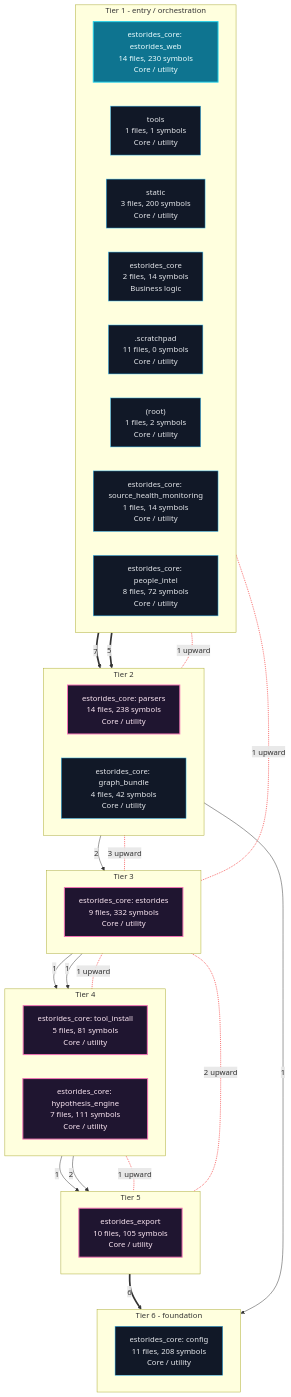
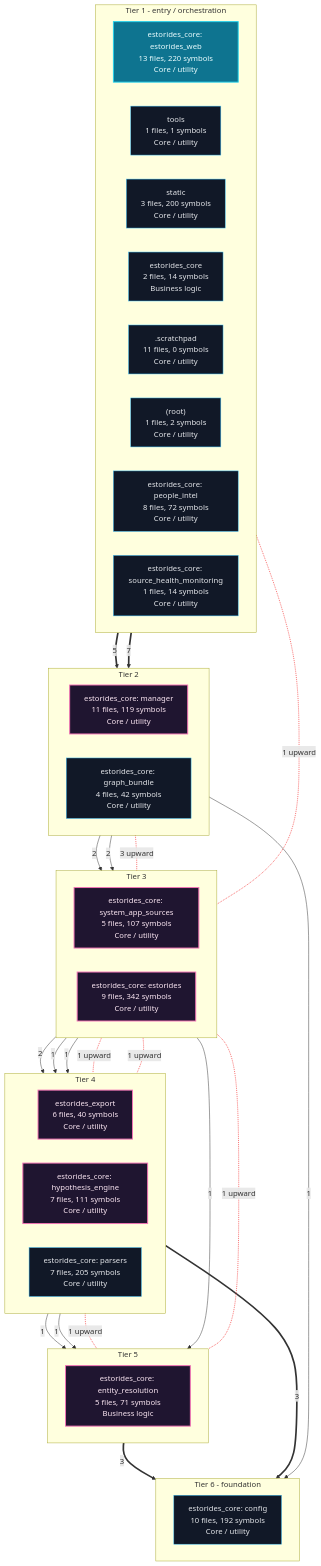
One commit to grisuno/estorides changed the first of 6 diagrams in readmenator-apidocs/architecture.md. Above: the diagram before and after it, drawn with Mermaid. The commit also changed other lines of this file and 184 other files, not shown here.

````diff
--- a/readmenator-apidocs/architecture.md
+++ b/readmenator-apidocs/architecture.md
@@ -11,60 +11,66 @@
 ```mermaid
 flowchart TB
     classDef cycle fill:#1f1530,stroke:#f472b6,color:#fce7f3,stroke-width:2px;
     classDef default fill:#111827,stroke:#38bdf8,color:#e5e7eb;
     classDef entry fill:#0e7490,stroke:#22d3ee,color:#ecfeff,stroke-width:2px;
     subgraph lane_0["Tier 1 - entry / orchestration"]
         direction LR
-        n_c0["estorides_core: estorides_web<br/>14 files, 230 symbols<br/>Core / utility"]:::entry
+        n_c0["estorides_core: estorides_web<br/>13 files, 220 symbols<br/>Core / utility"]:::entry
         n_d_tools["tools<br/>1 files, 1 symbols<br/>Core / utility"]:::default
         n_d_static["static<br/>3 files, 200 symbols<br/>Core / utility"]:::default
         n_d_estorides_core["estorides_core<br/>2 files, 14 symbols<br/>Business logic"]:::default
         n_d__scratchpad[".scratchpad<br/>11 files, 0 symbols<br/>Core / utility"]:::default
         n_d__root_["(root)<br/>1 files, 2 symbols<br/>Core / utility"]:::default
-        n_c9["estorides_core: source_health_monitoring<br/>1 files, 14 symbols<br/>Core / utility"]:::default
-        n_c6["estorides_core: people_intel<br/>8 files, 72 symbols<br/>Core / utility"]:::default
+        n_c5["estorides_core: people_intel<br/>8 files, 72 symbols<br/>Core / utility"]:::default
+        n_c11["estorides_core: source_health_monitoring<br/>1 files, 14 symbols<br/>Core / utility"]:::default
     end
     subgraph lane_1["Tier 2"]
         direction LR
-        n_c1["estorides_core: parsers<br/>14 files, 238 symbols<br/>Core / utility"]:::cycle
-        n_c5["estorides_core: graph_bundle<br/>4 files, 42 symbols<br/>Core / utility"]:::default
+        n_c6["estorides_core: manager<br/>11 files, 119 symbols<br/>Core / utility"]:::cycle
+        n_c1["estorides_core: graph_bundle<br/>4 files, 42 symbols<br/>Core / utility"]:::default
     end
     subgraph lane_2["Tier 3"]
         direction LR
-        n_c3["estorides_core: estorides<br/>9 files, 332 symbols<br/>Core / utility"]:::cycle
+        n_c7["estorides_core: system_app_sources<br/>5 files, 107 symbols<br/>Core / utility"]:::cycle
+        n_c3["estorides_core: estorides<br/>9 files, 342 symbols<br/>Core / utility"]:::cycle
     end
     subgraph lane_3["Tier 4"]
         direction LR
-        n_c8["estorides_core: tool_install<br/>5 files, 81 symbols<br/>Core / utility"]:::cycle
+        n_c10["estorides_export<br/>6 files, 40 symbols<br/>Core / utility"]:::cycle
         n_c2["estorides_core: hypothesis_engine<br/>7 files, 111 symbols<br/>Core / utility"]:::cycle
+        n_c8["estorides_core: parsers<br/>7 files, 205 symbols<br/>Core / utility"]:::default
     end
     subgraph lane_4["Tier 5"]
         direction LR
-        n_c7["estorides_export<br/>10 files, 105 symbols<br/>Core / utility"]:::cycle
+        n_c9["estorides_core: entity_resolution<br/>5 files, 71 symbols<br/>Business logic"]:::cycle
     end
     subgraph lane_5["Tier 6 - foundation"]
         direction LR
-        n_c4["estorides_core: config<br/>11 files, 208 symbols<br/>Core / utility"]:::default
+        n_c4["estorides_core: config<br/>10 files, 192 symbols<br/>Core / utility"]:::default
     end
-    n_c0 ==>|"7"| n_c1
-    n_c0 ==>|"5"| n_c5
-    n_c1 -->|"2"| n_c3
-    n_c2 -->|"1"| n_c7
+    n_c0 ==>|"5"| n_c1
+    n_c0 ==>|"7"| n_c6
+    n_c1 -->|"1"| n_c4
+    n_c10 -->|"1"| n_c9
+    n_c2 -->|"1"| n_c9
+    n_c3 -->|"2"| n_c10
     n_c3 -->|"1"| n_c2
-    n_c3 -->|"1"| n_c8
-    n_c5 -->|"1"| n_c4
-    n_c7 ==>|"6"| n_c4
-    n_c8 -->|"2"| n_c7
-    n_c0 <-.-|"1 upward"| n_c1
+    n_c6 -->|"2"| n_c3
+    n_c6 -->|"2"| n_c7
+    n_c7 -->|"1"| n_c8
+    n_c7 -->|"1"| n_c9
+    n_c8 ==>|"3"| n_c4
+    n_c9 ==>|"3"| n_c4
+    n_c3 <-.-|"1 upward"| n_c10
     n_c3 <-.-|"1 upward"| n_c2
     n_c0 <-.-|"1 upward"| n_c3
-    n_c1 <-.-|"3 upward"| n_c3
-    n_c2 <-.-|"1 upward"| n_c7
-    n_c3 <-.-|"2 upward"| n_c7
-    linkStyle 9,10,11,12,13,14 stroke:#f87171,stroke-width:2px;
-    n_c0 ~~~ n_c1
-    n_c1 ~~~ n_c3
-    n_c3 ~~~ n_c8
-    n_c8 ~~~ n_c7
-    n_c7 ~~~ n_c4
+    n_c6 <-.-|"3 upward"| n_c3
+    n_c2 <-.-|"1 upward"| n_c9
+    n_c3 <-.-|"1 upward"| n_c9
+    linkStyle 13,14,15,16,17,18 stroke:#f87171,stroke-width:2px;
+    n_c0 ~~~ n_c6
+    n_c6 ~~~ n_c7
+    n_c7 ~~~ n_c10
+    n_c10 ~~~ n_c9
+    n_c9 ~~~ n_c4
 ```
````
